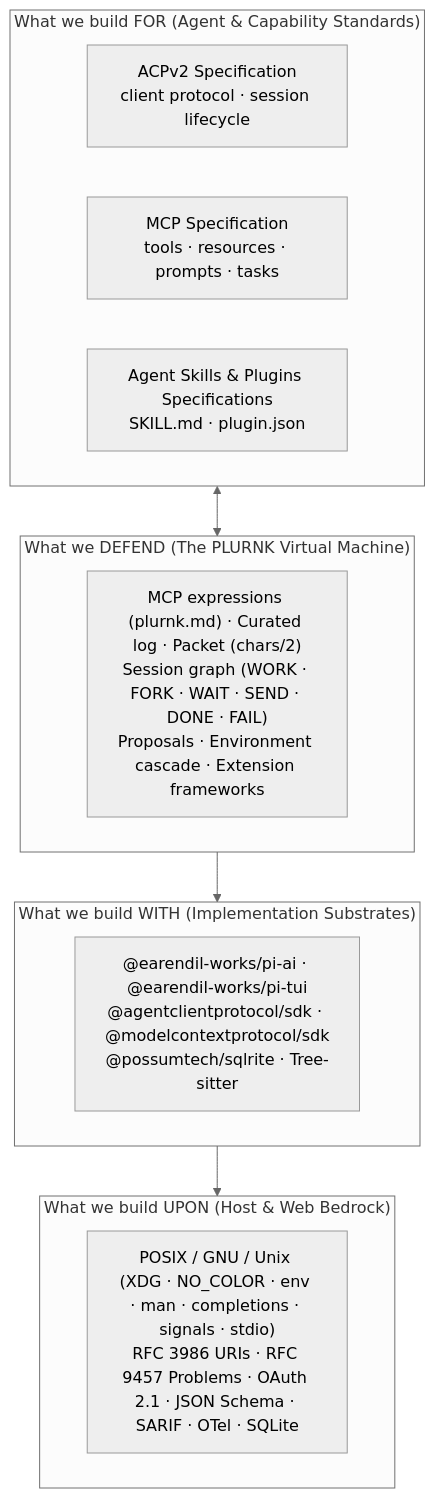
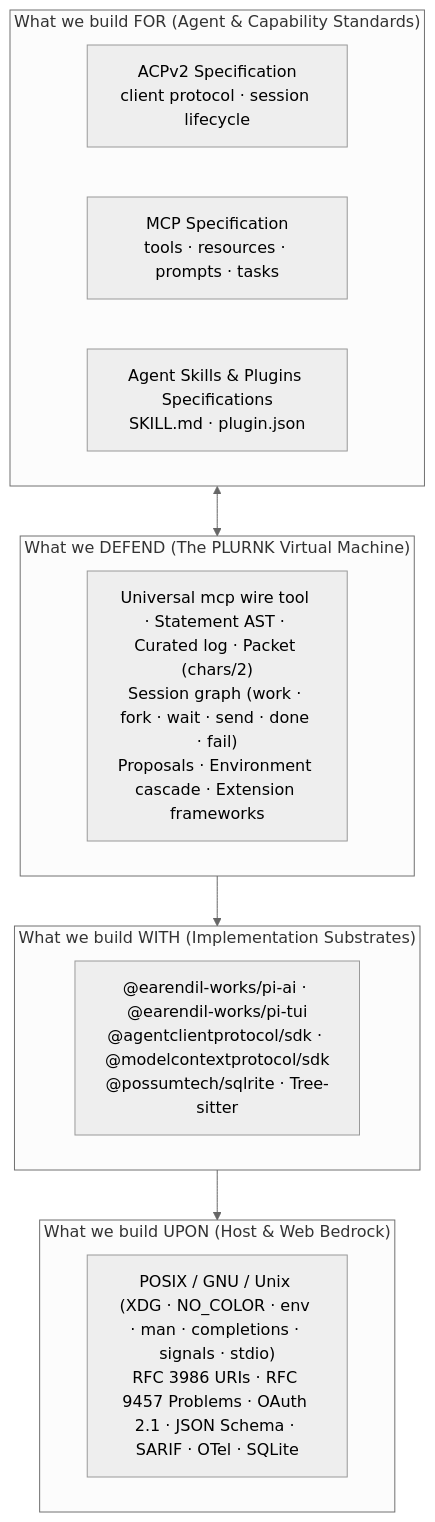
The first of 5 diagrams in ARCHITECTURE.md (plurnk/plurnk-service), drawn with Mermaid (neutral theme) before and after one commit. The commit also changed other lines of this file and 6 other files, not shown here.

Commit message:
docs: align core spec, ARCHITECTURE, AGENTS, and orientation rubric (#1484)

````diff
--- a/ARCHITECTURE.md
+++ b/ARCHITECTURE.md
@@ -12,24 +12,24 @@
 ```mermaid
 flowchart TB
     subgraph FOR["What we build FOR (Agent & Capability Standards)"]
         ACP["ACPv2 Specification<br/>client protocol · session lifecycle"]
         MCP["MCP Specification<br/>tools · resources · prompts · tasks"]
         SKILLS["Agent Skills & Plugins Specifications<br/>SKILL.md · plugin.json"]
     end
 
     subgraph DEFEND["What we DEFEND (The PLURNK Virtual Machine)"]
-        VM["MCP expressions (plurnk.md) · Curated log · Packet (chars/2)<br/>Session graph (WORK · FORK · WAIT · SEND · DONE · FAIL)<br/>Proposals · Environment cascade · Extension frameworks"]
+        VM["Universal mcp wire tool · Statement AST · Curated log · Packet (chars/2)<br/>Session graph (work · fork · wait · send · done · fail)<br/>Proposals · Environment cascade · Extension frameworks"]
     end
 
     subgraph WITH["What we build WITH (Implementation Substrates)"]
         SUB["@earendil-works/pi-ai · @earendil-works/pi-tui<br/>@agentclientprotocol/sdk · @modelcontextprotocol/sdk<br/>@possumtech/sqlrite · Tree-sitter"]
     end
 
     subgraph UPON["What we build UPON (Host & Web Bedrock)"]
         BED["POSIX / GNU / Unix (XDG · NO_COLOR · env · man · completions · signals · stdio)<br/>RFC 3986 URIs · RFC 9457 Problems · OAuth 2.1 · JSON Schema · SARIF · OTel · SQLite"]
     end
 
     FOR <--> DEFEND
     DEFEND --> WITH
     WITH --> UPON
 ```
````
